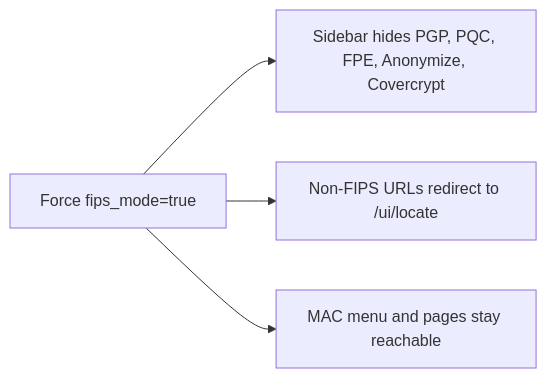
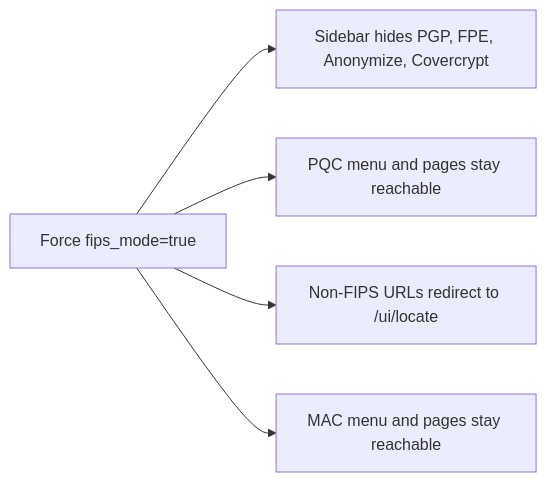
The first of 43 diagrams in ui/tests/e2e/README.md (Cosmian/kms), drawn with Mermaid before and after one commit. The commit also changed other lines of this file and 131 other files, not shown here.

````diff
--- a/ui/tests/e2e/README.md
+++ b/ui/tests/e2e/README.md
@@ -39,6 +38,7 @@
 ```mermaid
 graph LR
-    A[Force fips_mode=true] --> B[Sidebar hides PGP, PQC, FPE, Anonymize, Covercrypt]
+    A[Force fips_mode=true] --> B[Sidebar hides PGP, FPE, Anonymize, Covercrypt]
+    A --> E[PQC menu and pages stay reachable]
     A --> C[Non-FIPS URLs redirect to /ui/locate]
     A --> D[MAC menu and pages stay reachable]
 ```
````
